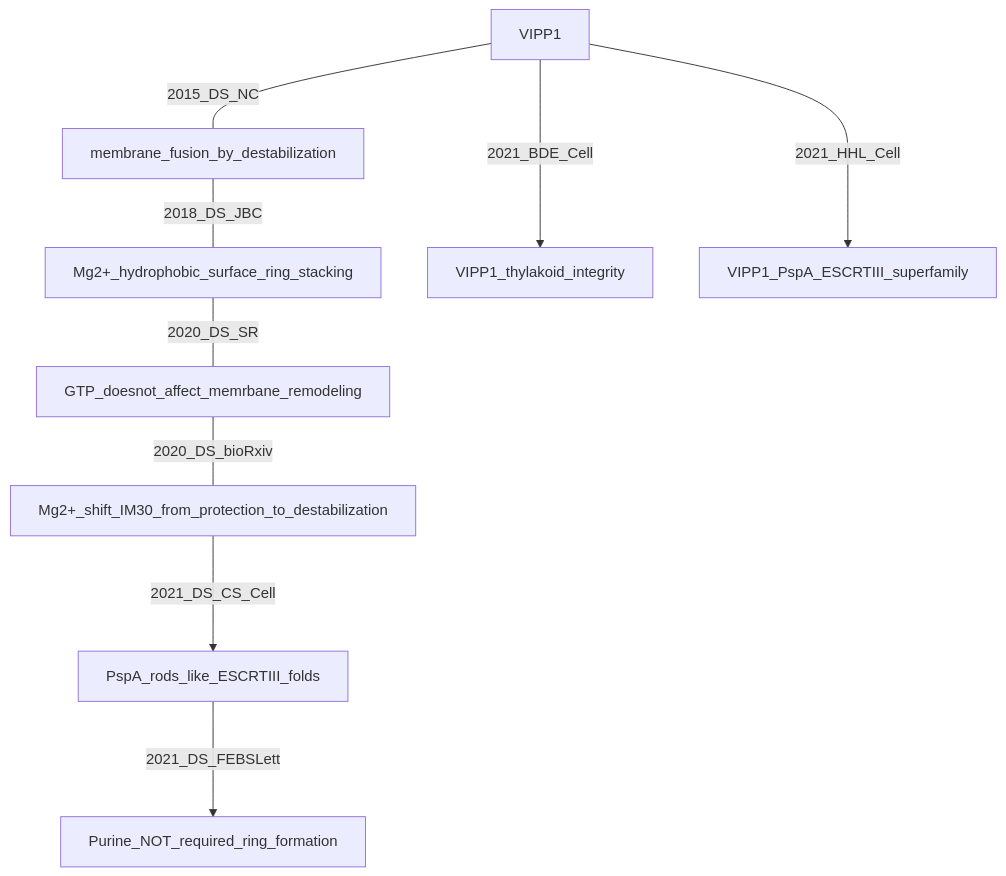
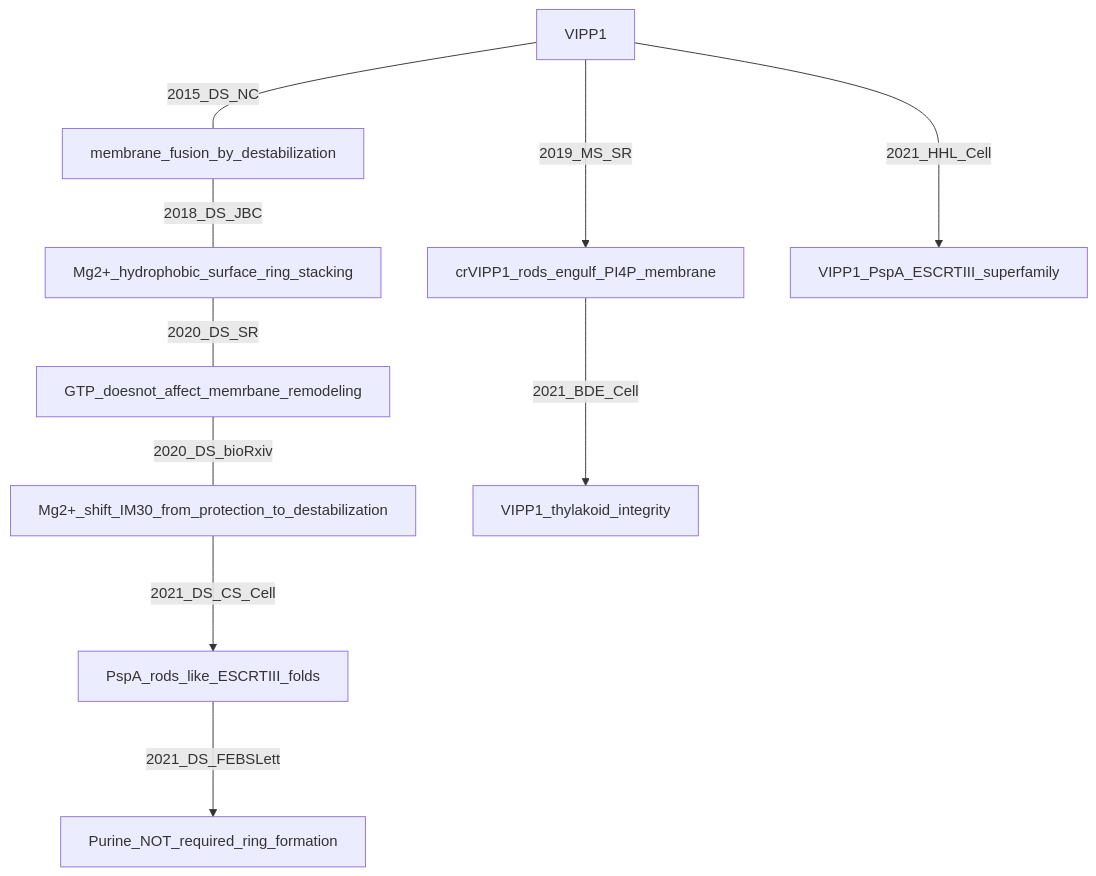
Before and after one commit to psichen/psichen.github.io: the first of 10 diagrams in source/resources/mindmap/VIPP1.md, drawn with Mermaid. The commit also changed other lines of this file and 1 other file, not shown here.

````diff
--- a/source/resources/mindmap/VIPP1.md
+++ b/source/resources/mindmap/VIPP1.md
@@ -3,23 +3,25 @@
 ```mermaid
 flowchart TB
 
 VIPP1 --- |2015_DS_NC| membrane_fusion_by_destabilization
 membrane_fusion_by_destabilization --- |2018_DS_JBC| Mg2+_hydrophobic_surface_ring_stacking
 Mg2+_hydrophobic_surface_ring_stacking --- |2020_DS_SR| GTP_doesnot_affect_memrbane_remodeling
 GTP_doesnot_affect_memrbane_remodeling --- |2020_DS_bioRxiv| Mg2+_shift_IM30_from_protection_to_destabilization
 Mg2+_shift_IM30_from_protection_to_destabilization ---> |2021_DS_CS_Cell| PspA_rods_like_ESCRTIII_folds
 PspA_rods_like_ESCRTIII_folds ---> |2021_DS_FEBSLett| Purine_NOT_required_ring_formation
 
-VIPP1 ---> |2021_BDE_Cell| VIPP1_thylakoid_integrity
+VIPP1 ---> |2019_MS_SR| crVIPP1_rods_engulf_PI4P_membrane
+crVIPP1_rods_engulf_PI4P_membrane ---> |2021_BDE_Cell| VIPP1_thylakoid_integrity
 
 VIPP1 ---> |2021_HHL_Cell| VIPP1_PspA_ESCRTIII_superfamily
 
 click membrane_fusion_by_destabilization href "./VIPP1#ds_nc" _self
 click Mg2+_hydrophobic_surface_ring_stacking href "./VIPP1#ds_jbc" _self
 click GTP_doesnot_affect_memrbane_remodeling href "./VIPP1#ds_sr" _self
 click Mg2+_shift_IM30_from_protection_to_destabilization href "./VIPP1#ds_biorxiv" _self
 click PspA_rods_like_ESCRTIII_folds href "./VIPP1#ds_cs_cell" _self
 click Purine_NOT_required_ring_formation href "./VIPP1#ds_febslett" _self
+click crVIPP1_rods_engulf_PI4P_membrane href "./VIPP1#ms_sr" _self
 click VIPP1_thylakoid_integrity href "./VIPP1#bde_cell" _self
 click VIPP1_PspA_ESCRTIII_superfamily href "./VIPP1#hhl_cell" _self
 ```
````
